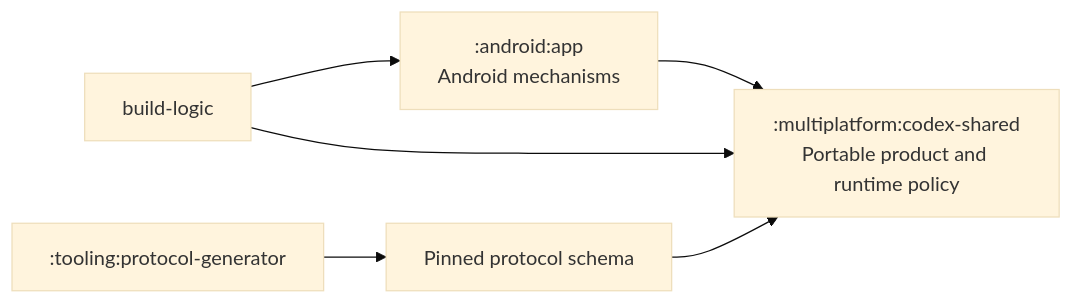
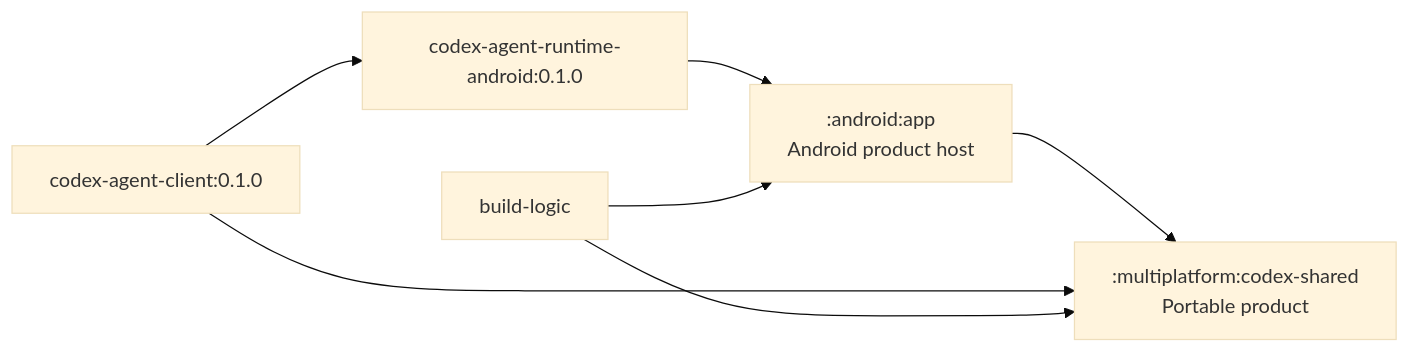
The diagram in docs/technical/architecture.md (ciurlaro/codex-mobile), drawn with Mermaid (base theme) before and after one commit. The commit also changed other lines of this file and 164 other files, not shown here.

Commit message:
Consume Codex Agent 0.1.0 artifacts

````diff
--- a/docs/technical/architecture.md
+++ b/docs/technical/architecture.md
@@ -5,8 +5,9 @@
 ```mermaid
 flowchart LR
-    Android[":android:app\nAndroid mechanisms"] --> Shared[":multiplatform:codex-shared\nPortable product and runtime policy"]
-    Generator[":tooling:protocol-generator"] --> Schema["Pinned protocol schema"]
+    Android[":android:app\nAndroid product host"] --> Shared[":multiplatform:codex-shared\nPortable product"]
+    Client["codex-agent-client:0.1.0"] --> Shared
+    Runtime["codex-agent-runtime-android:0.1.0"] --> Android
+    Client --> Runtime
     BuildLogic["build-logic"] --> Android
     BuildLogic --> Shared
-    Schema --> Shared
 ```
````
